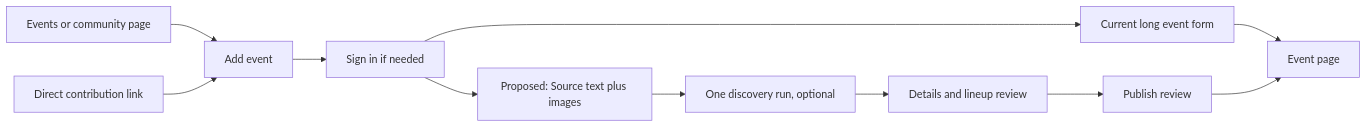
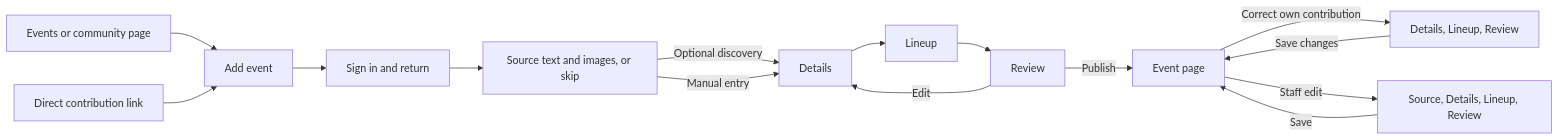
Before and after one commit to BASIC-BIT/VRDex: the diagram in docs/planning/event-editor-visual-reference-2026-09-29.md, drawn with Mermaid. The commit also changed other lines of this file and 7 other files, not shown here.

````diff
--- a/docs/planning/event-editor-visual-reference-2026-09-29.md
+++ b/docs/planning/event-editor-visual-reference-2026-09-29.md
@@ -45,13 +45,17 @@
 ```mermaid
 flowchart LR
   A[Events or community page] --> B[Add event]
   C[Direct contribution link] --> B
-  B --> D[Sign in if needed]
-  D --> E[Current long event form]
-  D --> F[Proposed: Source text plus images]
-  F --> H[One discovery run, optional]
-  H --> I[Details and lineup review]
-  I --> J[Publish review]
-  E --> G[Event page]
-  J --> G
+  B --> D[Sign in and return]
+  D --> E[Source text and images, or skip]
+  E -->|Optional discovery| F[Details]
+  E -->|Manual entry| F
+  F --> G[Lineup]
+  G --> H[Review]
+  H -->|Edit| F
+  H -->|Publish| I[Event page]
+  I -->|Correct own contribution| J[Details, Lineup, Review]
+  J -->|Save changes| I
+  I -->|Staff edit| K[Source, Details, Lineup, Review]
+  K -->|Save| I
 ```
````
